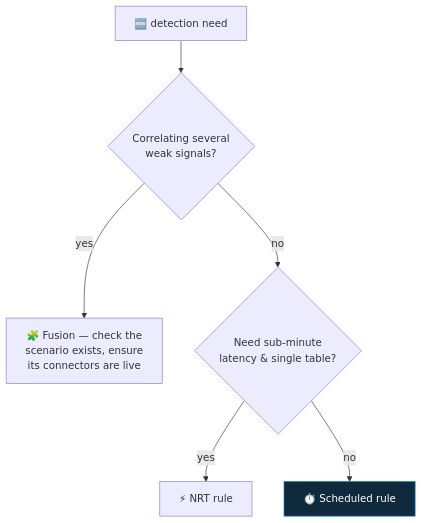
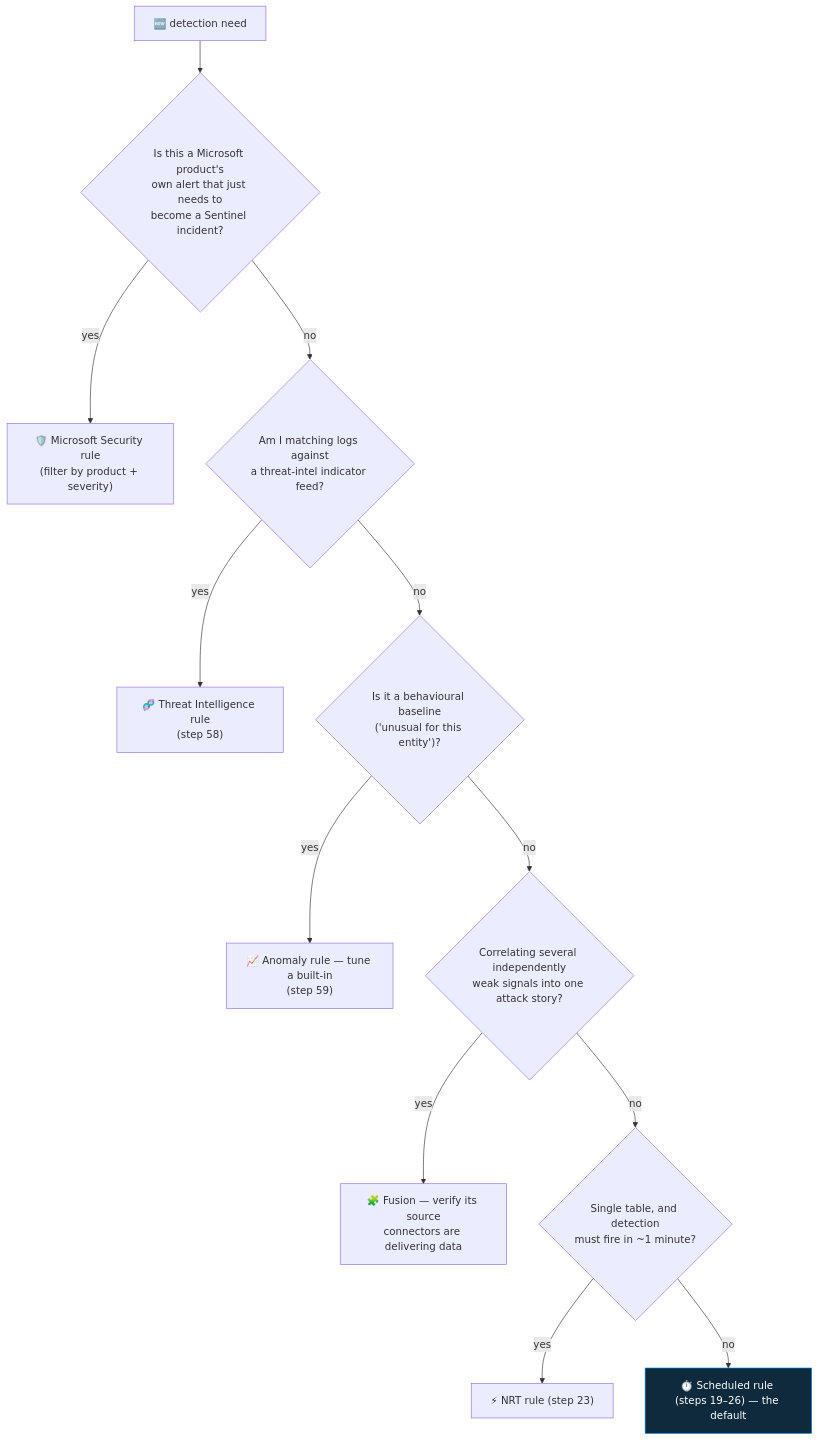
Before and after one commit to Tarun2000AD/microsoft-sentinel-live-learning: the diagram in 17-analytics-rule-types/README.md, drawn with Mermaid. The commit also changed other lines of this file, not shown here.

First line of the commit message:
Deepen step 17 (analytics rule types): six types, what each produces, decision tree, Fusion mechanics

````diff
--- a/17-analytics-rule-types/README.md
+++ b/17-analytics-rule-types/README.md
@@ -42,9 +59,15 @@
 ```mermaid
 flowchart TD
-    N["🆕 detection need"] --> Q{"Correlating several<br/>weak signals?"}
-    Q -->|yes| F["🧩 Fusion — check the<br/>scenario exists, ensure<br/>its connectors are live"]
-    Q -->|no| L{"Need sub-minute<br/>latency & single table?"}
-    L -->|yes| NRT["⚡ NRT rule"]
-    L -->|no| S["⏱️ Scheduled rule"]
+    N["🆕 detection need"] --> Q1{"Is this a Microsoft product's<br/>own alert that just needs to<br/>become a Sentinel incident?"}
+    Q1 -->|yes| MS["🛡️ Microsoft Security rule<br/>(filter by product + severity)"]
+    Q1 -->|no| Q2{"Am I matching logs against<br/>a threat-intel indicator feed?"}
+    Q2 -->|yes| TI["🧬 Threat Intelligence rule<br/>(step 58)"]
+    Q2 -->|no| Q3{"Is it a behavioural baseline<br/>('unusual for this entity')?"}
+    Q3 -->|yes| AN["📈 Anomaly rule — tune a built-in<br/>(step 59)"]
+    Q3 -->|no| Q4{"Correlating several independently<br/>weak signals into one attack story?"}
+    Q4 -->|yes| F["🧩 Fusion — verify its source<br/>connectors are delivering data"]
+    Q4 -->|no| Q5{"Single table, and detection<br/>must fire in ~1 minute?"}
+    Q5 -->|yes| NRT["⚡ NRT rule (step 23)"]
+    Q5 -->|no| S["⏱️ Scheduled rule (steps 19–26) — the default"]
     style S fill:#0f2a3d,stroke:#0078D4,color:#fff
 ```
````
